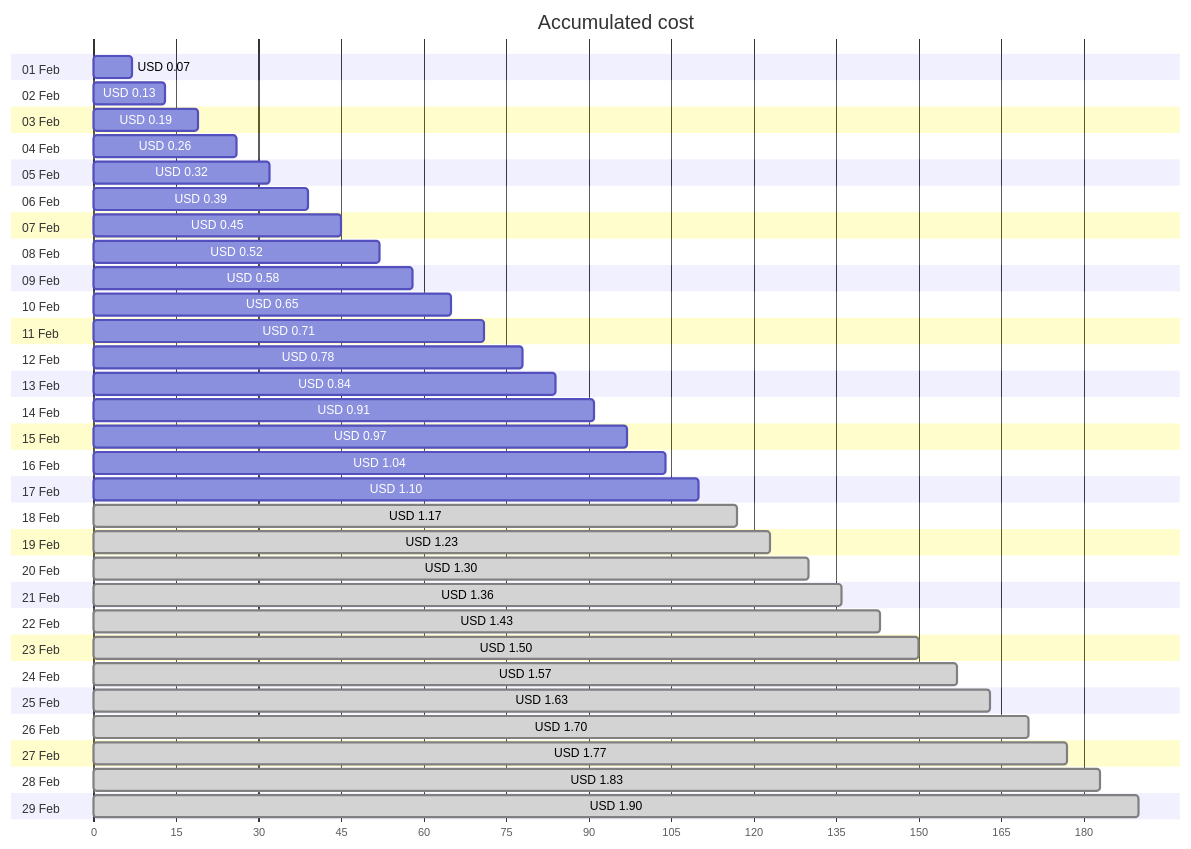
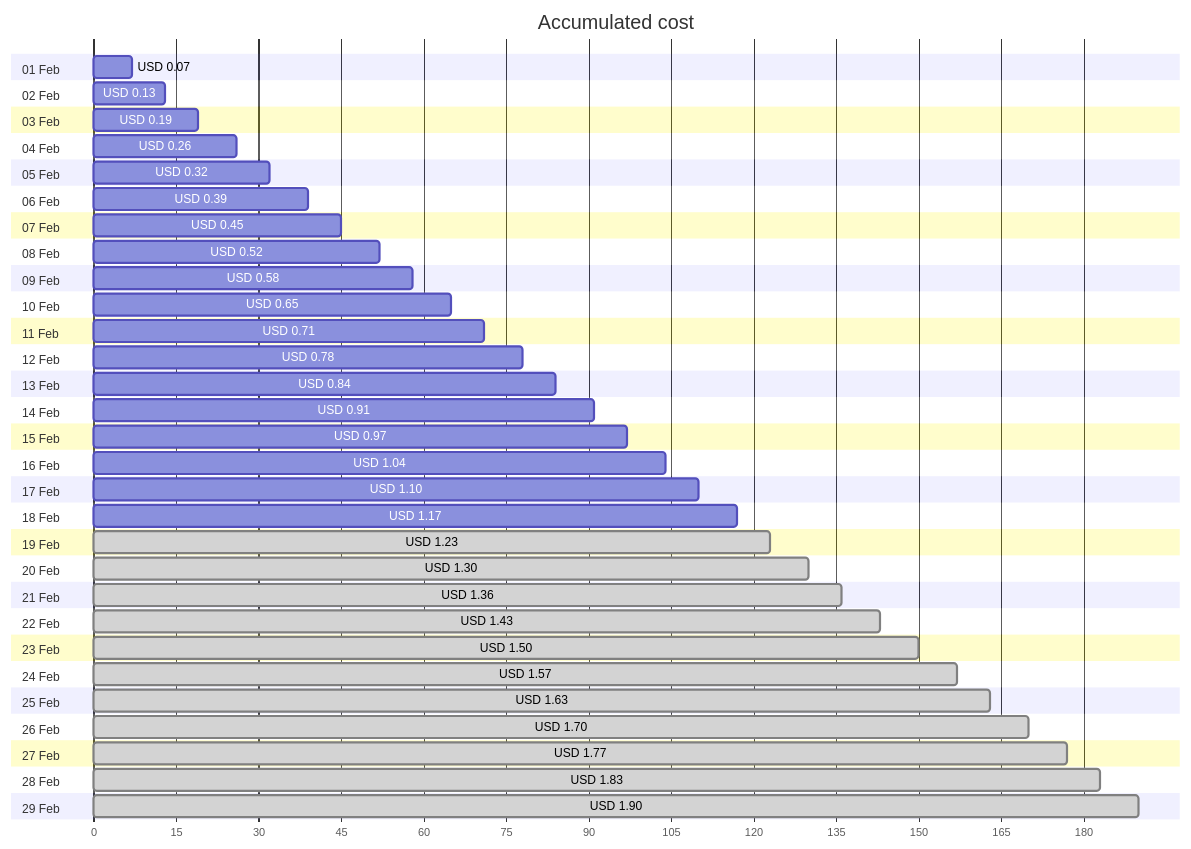
Before and after one commit to jpfulton/azure-personal-reports: the first of 4 diagrams in cost-reports/personal-network/backup-server_OsDisk.md, drawn with Mermaid. The commit also changed other lines of this file and 8 other files, not shown here.

````diff
--- a/cost-reports/personal-network/backup-server_OsDisk.md
+++ b/cost-reports/personal-network/backup-server_OsDisk.md
@@ -20,64 +20,64 @@
 ```mermaid
 gantt
    title Accumulated cost
    dateFormat  X
    axisFormat %s
    section 01 Feb
    USD 0.07 :0, 7
    section 02 Feb
    USD 0.13 :0, 13
    section 03 Feb
    USD 0.19 :0, 19
    section 04 Feb
    USD 0.26 :0, 26
    section 05 Feb
    USD 0.32 :0, 32
    section 06 Feb
    USD 0.39 :0, 39
    section 07 Feb
    USD 0.45 :0, 45
    section 08 Feb
    USD 0.52 :0, 52
    section 09 Feb
    USD 0.58 :0, 58
    section 10 Feb
    USD 0.65 :0, 65
    section 11 Feb
    USD 0.71 :0, 71
    section 12 Feb
    USD 0.78 :0, 78
    section 13 Feb
    USD 0.84 :0, 84
    section 14 Feb
    USD 0.91 :0, 91
    section 15 Feb
    USD 0.97 :0, 97
    section 16 Feb
    USD 1.04 :0, 104
    section 17 Feb
    USD 1.10 :0, 110
    section 18 Feb
-   USD 1.17 : done, 0, 117
+   USD 1.17 :0, 117
    section 19 Feb
    USD 1.23 : done, 0, 123
    section 20 Feb
    USD 1.30 : done, 0, 130
    section 21 Feb
    USD 1.36 : done, 0, 136
    section 22 Feb
    USD 1.43 : done, 0, 143
    section 23 Feb
    USD 1.50 : done, 0, 150
    section 24 Feb
    USD 1.57 : done, 0, 157
    section 25 Feb
    USD 1.63 : done, 0, 163
    section 26 Feb
    USD 1.70 : done, 0, 170
    section 27 Feb
    USD 1.77 : done, 0, 177
    section 28 Feb
    USD 1.83 : done, 0, 183
    section 29 Feb
    USD 1.90 : done, 0, 190
 ```
````
